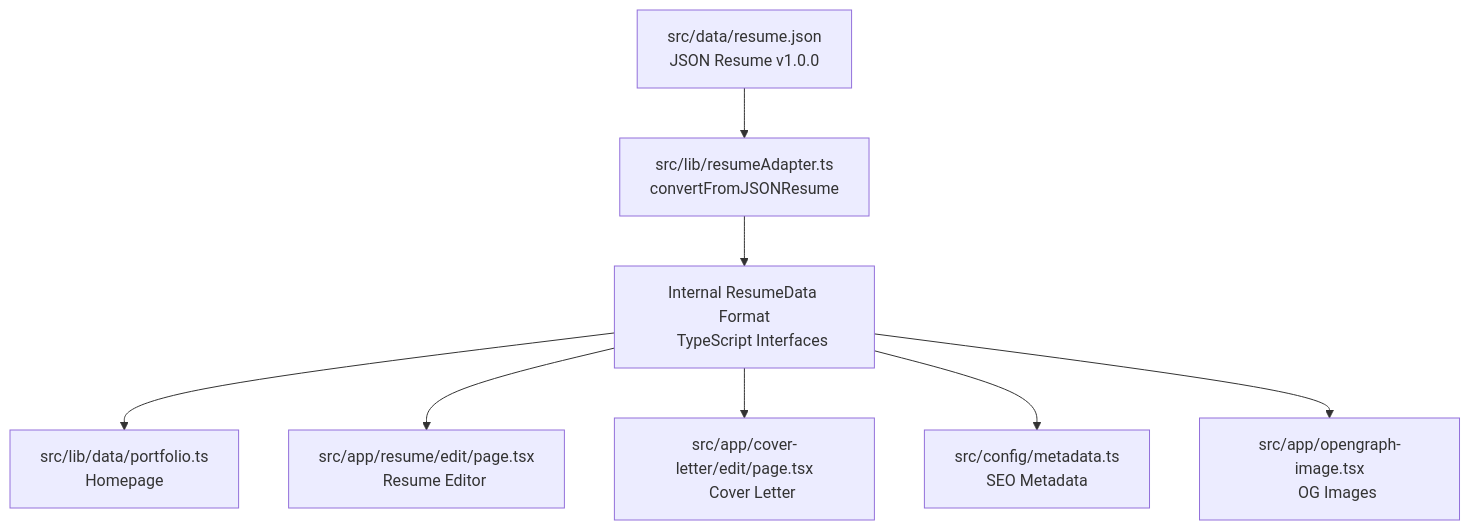
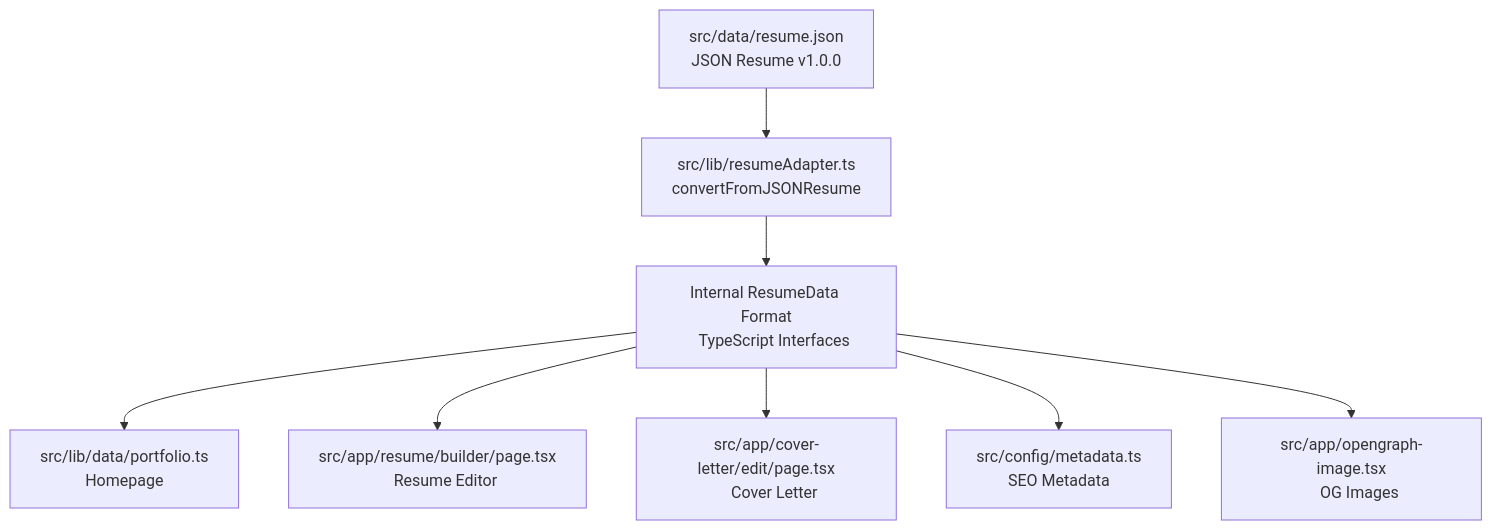
One commit to ismail-kattakath/ai-jsonresume changed the diagram in CLAUDE.md. Above: the diagram before and after it, drawn with Mermaid. The commit also changed other lines of this file and 17 other files, not shown here.

First line of the commit message:
refactor: rename route from /resume/edit to /resume/builder

````diff
--- a/CLAUDE.md
+++ b/CLAUDE.md
@@ -451,18 +451,18 @@
 ```mermaid
 flowchart TD
     A["src/data/resume.json
     JSON Resume v1.0.0"] --> B["src/lib/resumeAdapter.ts
     convertFromJSONResume"]
     B --> C["Internal ResumeData Format
     TypeScript Interfaces"]
     C --> D["src/lib/data/portfolio.ts
     Homepage"]
-    C --> E["src/app/resume/edit/page.tsx
+    C --> E["src/app/resume/builder/page.tsx
     Resume Editor"]
     C --> F["src/app/cover-letter/edit/page.tsx
     Cover Letter"]
     C --> G["src/config/metadata.ts
     SEO Metadata"]
     C --> H["src/app/opengraph-image.tsx
     OG Images"]
 ```
````
